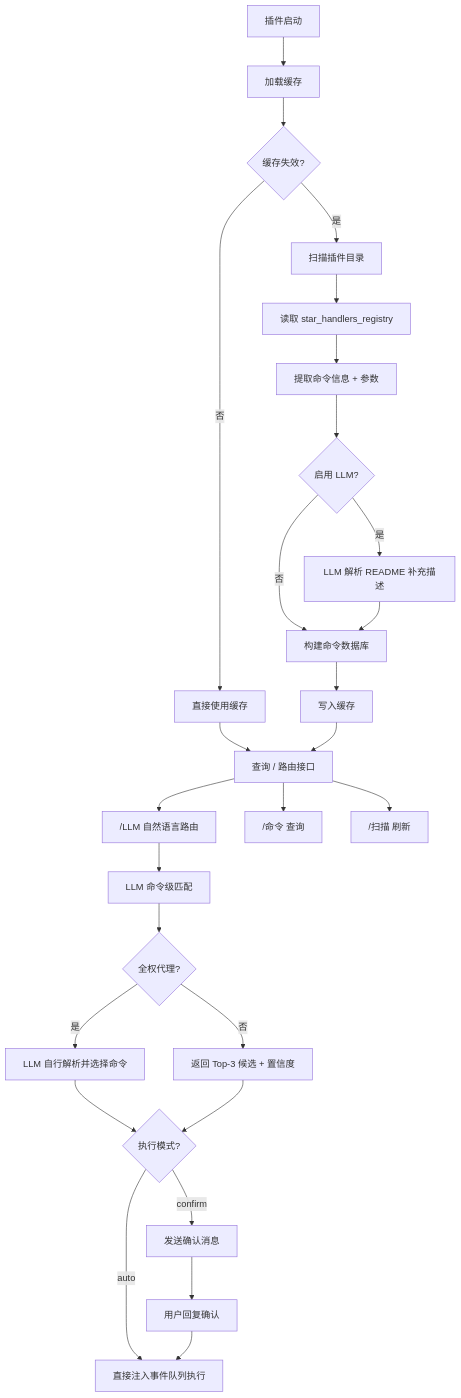
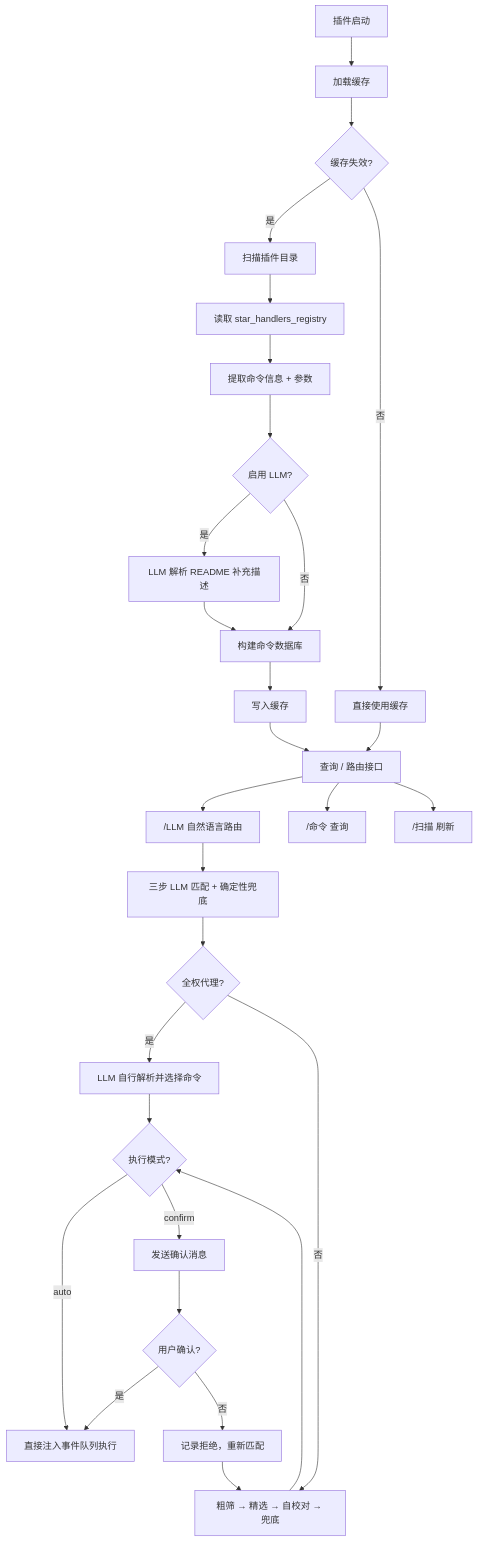
Before and after one commit to R1D3rZzz/astrbot_plugin_command_displayer: the diagram in README.md, drawn with Mermaid. The commit also changed other lines of this file and 10 other files, not shown here.

````diff
--- a/README.md
+++ b/README.md
@@ -63,34 +73,36 @@
 ```mermaid
 graph TD
     A[插件启动] --> B[加载缓存]
     B --> C{缓存失效?}
     C -->|是| D[扫描插件目录]
     C -->|否| E[直接使用缓存]
     D --> F[读取 star_handlers_registry]
     F --> G[提取命令信息 + 参数]
     G --> H{启用 LLM?}
     H -->|是| I[LLM 解析 README 补充描述]
     H -->|否| J[构建命令数据库]
     I --> J
     J --> K[写入缓存]
     E --> L[查询 / 路由接口]
     K --> L
 
     M["/LLM 自然语言路由"]
     N["/命令 查询"]
     O["/扫描 刷新"]
     L --> M
     L --> N
     L --> O
 
-    M --> P[LLM 命令级匹配]
+    M --> P[三步 LLM 匹配 + 确定性兜底]
     P --> Q{全权代理?}
     Q -->|是| R[LLM 自行解析并选择命令]
-    Q -->|否| S[返回 Top-3 候选 + 置信度]
+    Q -->|否| S[粗筛 → 精选 → 自校对 → 兜底]
     R --> T{执行模式?}
     S --> T
     T -->|auto| U[直接注入事件队列执行]
     T -->|confirm| V[发送确认消息]
-    V --> W[用户回复确认]
-    W --> U
+    V --> W{用户确认?}
+    W -->|是| U
+    W -->|否| X[记录拒绝，重新匹配]
+    X --> S
 ```
````
